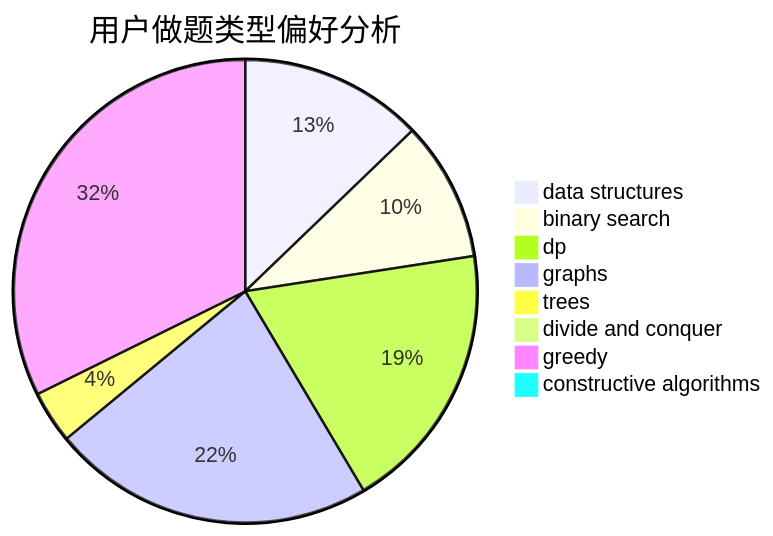
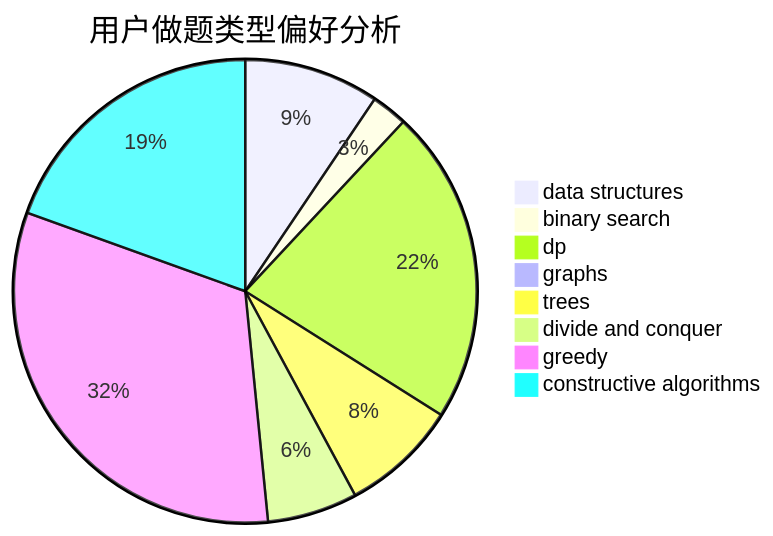
The second of 3 diagrams in docs/user/u2503.md (sherpahu/cfrs.github.io), drawn with Mermaid before and after one commit. The commit also changed other lines of this file and 2770 other files, not shown here.

````diff
--- a/docs/user/u2503.md
+++ b/docs/user/u2503.md
@@ -23,11 +23,11 @@
 ```mermaid
 pie title 用户做题类型偏好分析
-    "data structures" :  21
-    "binary search" :  16
-    "dp" :  31
-    "graphs" :  37
-    "trees" :  6
-    "divide and conquer" :  0
-    "greedy" :  53
-    "constructive algorithms" :  1
+    "data structures" :  15
+    "binary search" :  4
+    "dp" :  35
+    "graphs" :  0
+    "trees" :  13
+    "divide and conquer" :  10
+    "greedy" :  51
+    "constructive algorithms" :  31
 ```
````
